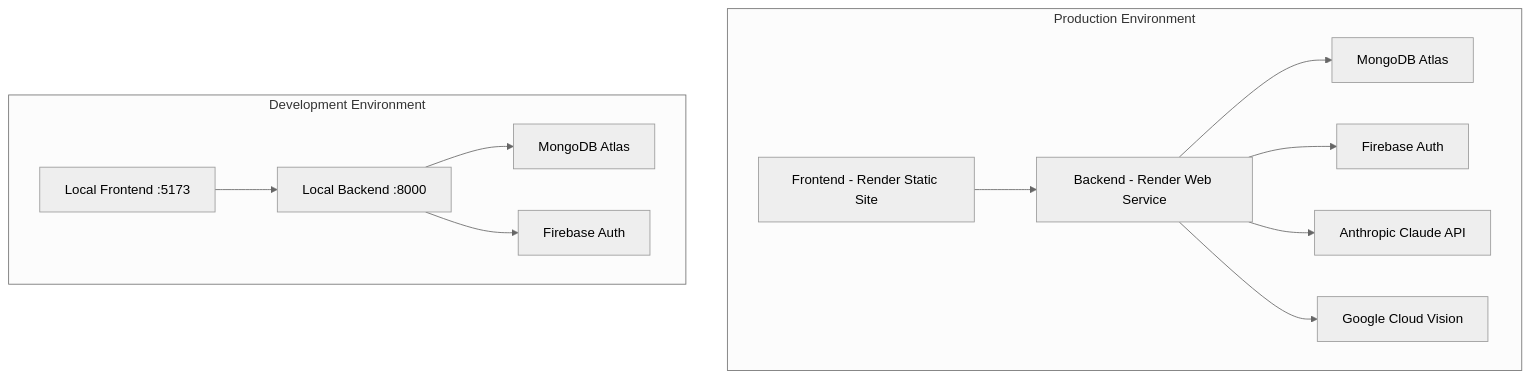
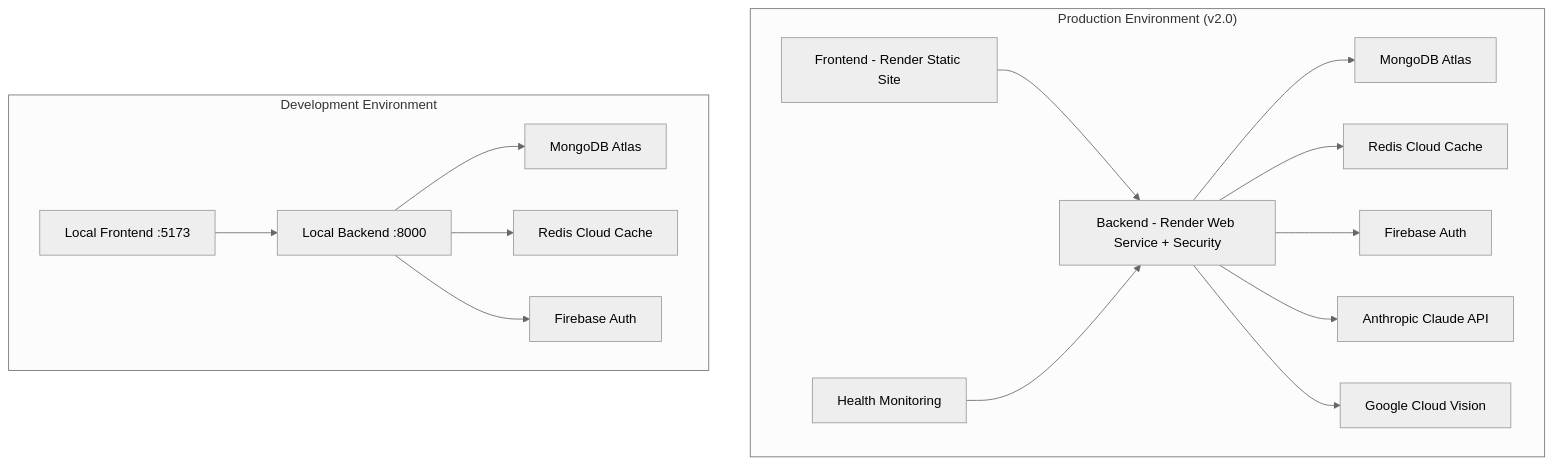
Before and after one commit to GoldenRodger5/nutrivize: the diagram in docs/DEPLOYMENT_ENV.md, drawn with Mermaid (neutral theme). The commit also changed other lines of this file and 90 other files, not shown here.

````diff
--- a/docs/DEPLOYMENT_ENV.md
+++ b/docs/DEPLOYMENT_ENV.md
@@ -21,28 +21,34 @@
 ```mermaid
 graph TB
-    subgraph "Production Environment"
+    subgraph "Production Environment (v2.0)"
         FE[Frontend - Render Static Site]
-        BE[Backend - Render Web Service]
+        BE[Backend - Render Web Service + Security]
         DB[MongoDB Atlas]
+        REDIS[Redis Cloud Cache]
         FB[Firebase Auth]
         AI[Anthropic Claude API]
         GV[Google Cloud Vision]
+        MON[Health Monitoring]
     end
     
     subgraph "Development Environment"
         DEV_FE[Local Frontend :5173]
         DEV_BE[Local Backend :8000]
         DEV_DB[MongoDB Atlas]
+        DEV_REDIS[Redis Cloud Cache]
         DEV_FB[Firebase Auth]
     end
     
     FE --> BE
     BE --> DB
+    BE --> REDIS
     BE --> FB
     BE --> AI
     BE --> GV
+    MON --> BE
     
     DEV_FE --> DEV_BE
     DEV_BE --> DEV_DB
+    DEV_BE --> DEV_REDIS
     DEV_BE --> DEV_FB
 ```
````
